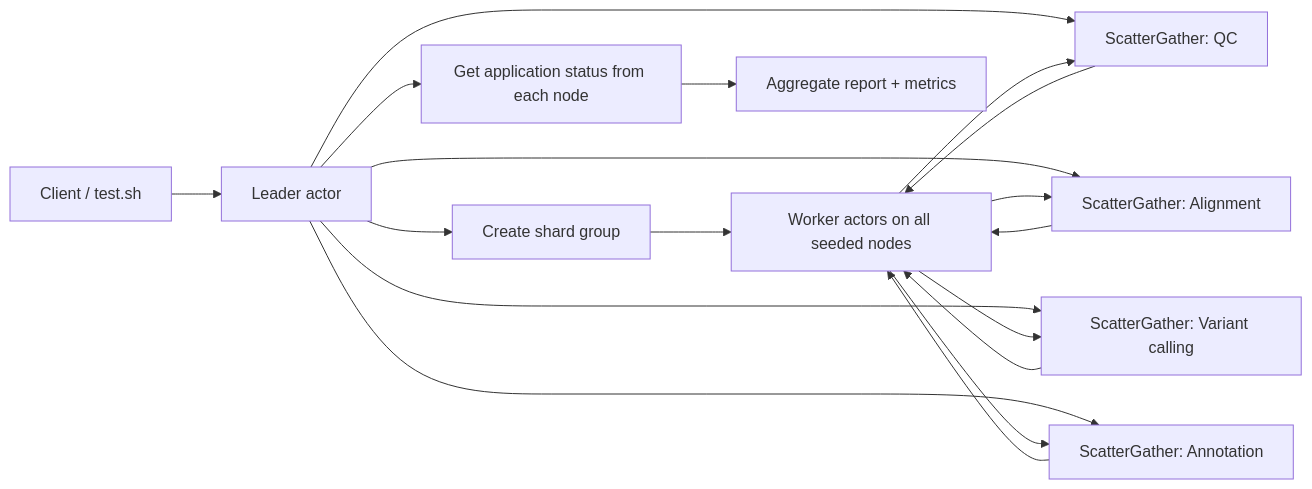
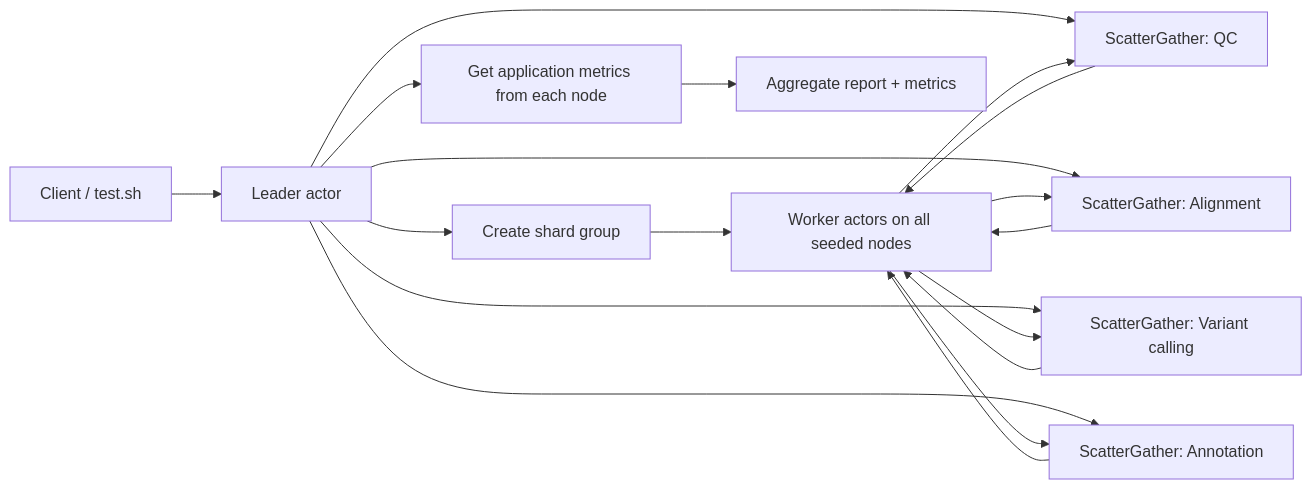
Before and after one commit to bhatti/PlexSpaces: the first of 2 diagrams in examples/rust/apps/genomics_pipeline/README.md, drawn with Mermaid. The commit also changed other lines of this file and 414 other files, not shown here.

````diff
--- a/examples/rust/apps/genomics_pipeline/README.md
+++ b/examples/rust/apps/genomics_pipeline/README.md
@@ -19,20 +19,20 @@
 ```mermaid
 flowchart LR
   client["Client / test.sh"] --> leader["Leader actor"]
   leader --> create["Create shard group"]
   create --> workers["Worker actors on all seeded nodes"]
   leader --> qc["ScatterGather: QC"]
   qc --> workers
   workers --> qc
   leader --> align["ScatterGather: Alignment"]
   align --> workers
   workers --> align
   leader --> variants["ScatterGather: Variant calling"]
   variants --> workers
   workers --> variants
   leader --> annotation["ScatterGather: Annotation"]
   annotation --> workers
   workers --> annotation
-  leader --> status["Get application status from each node"]
-  status --> report["Aggregate report + metrics"]
+  leader --> metrics["Get application metrics from each node"]
+  metrics --> report["Aggregate report + metrics"]
 ```
````
